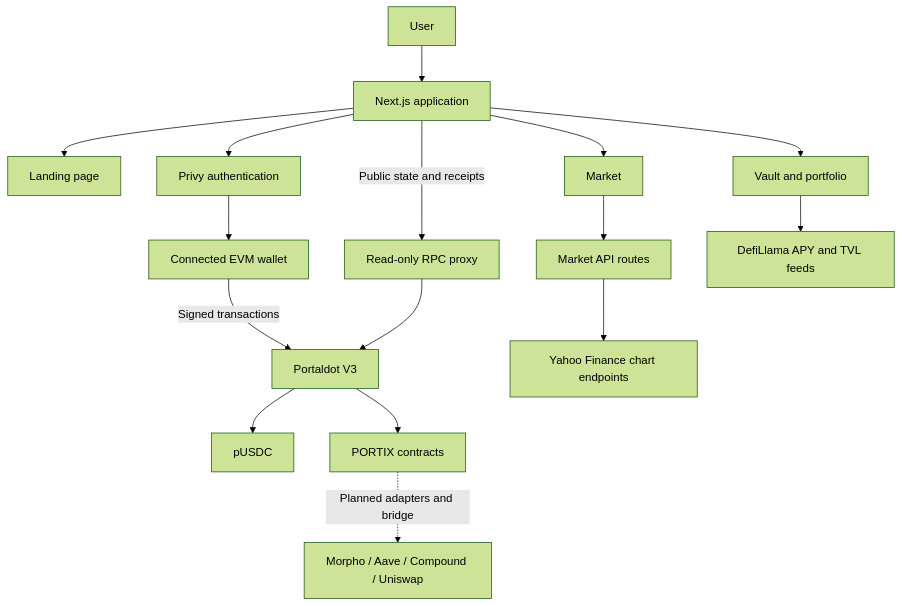
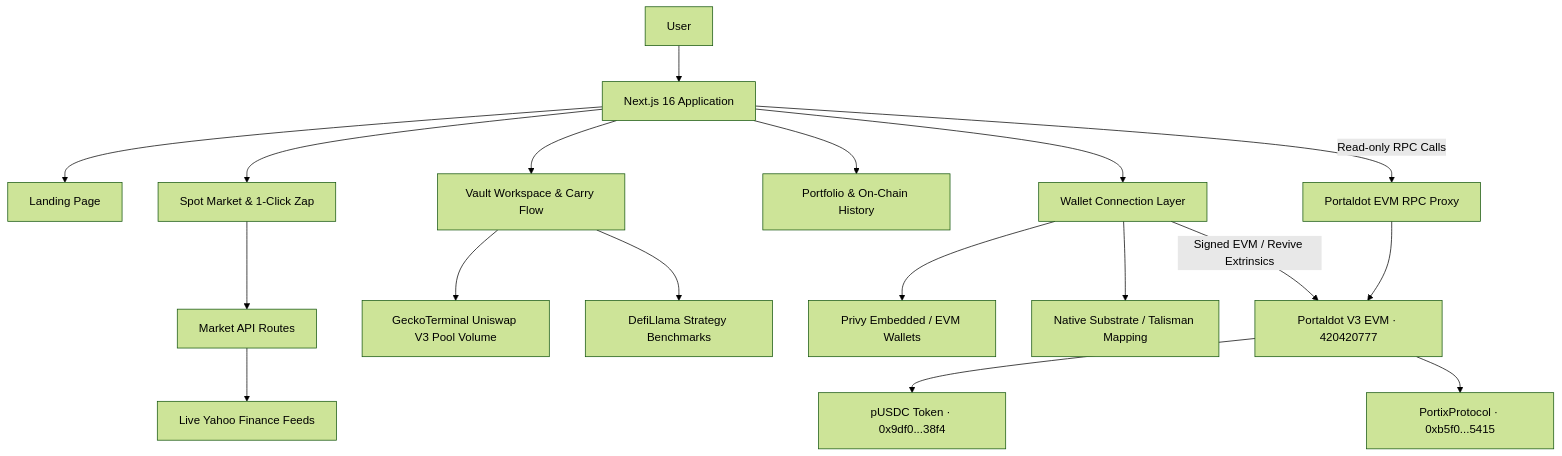
Before and after one commit to rikokurnia/portix: the diagram in README.md, drawn with Mermaid (forest theme). The commit also changed other lines of this file, not shown here.

Commit message:
docs: modernize README with live links header, on-chain proofs, and feature updates

````diff
--- a/README.md
+++ b/README.md
@@ -40,21 +77,24 @@
 ```mermaid
 flowchart TD
-    User[User] --> UI[Next.js application]
-    UI --> Landing[Landing page]
-    UI --> Market[Market]
-    UI --> Vault[Vault and portfolio]
+    User[User] --> UI[Next.js 16 Application]
+    UI --> Landing[Landing Page]
+    UI --> Market[Spot Market & 1-Click Zap]
+    UI --> Vault[Vault Workspace & Carry Flow]
+    UI --> Portfolio[Portfolio & On-Chain History]
 
-    UI --> Privy[Privy authentication]
-    Privy --> Wallet[Connected EVM wallet]
-    Wallet -->|Signed transactions| Chain[Portaldot V3]
-    Chain --> Settlement[pUSDC]
-    Chain --> Protocol[PORTIX contracts]
+    UI --> WalletLayer[Wallet Connection Layer]
+    WalletLayer --> Privy[Privy Embedded / EVM Wallets]
+    WalletLayer --> Substrate[Native Substrate / Talisman Mapping]
 
-    UI -->|Public state and receipts| Proxy[Read-only RPC proxy]
-    Proxy --> Chain
-    Market --> MarketAPI[Market API routes]
-    MarketAPI --> Quotes[Yahoo Finance chart endpoints]
-    Vault --> Benchmarks[DefiLlama APY and TVL feeds]
+    WalletLayer -->|Signed EVM / Revive Extrinsics| Chain[Portaldot V3 EVM · 420420777]
+    Chain --> PUSDC[pUSDC Token · 0x9df0...38f4]
+    Chain --> Protocol[PortixProtocol · 0xb5f0...5415]
 
-    Protocol -. Planned adapters and bridge .-> DeFi[Morpho / Aave / Compound / Uniswap]
+    UI -->|Read-only RPC Calls| RPC[Portaldot EVM RPC Proxy]
+    RPC --> Chain
+
+    Market --> MarketAPI[Market API Routes]
+    MarketAPI --> Yahoo[Live Yahoo Finance Feeds]
+    Vault --> Gecko[GeckoTerminal Uniswap V3 Pool Volume]
+    Vault --> DefiLlama[DefiLlama Strategy Benchmarks]
 ```
````
